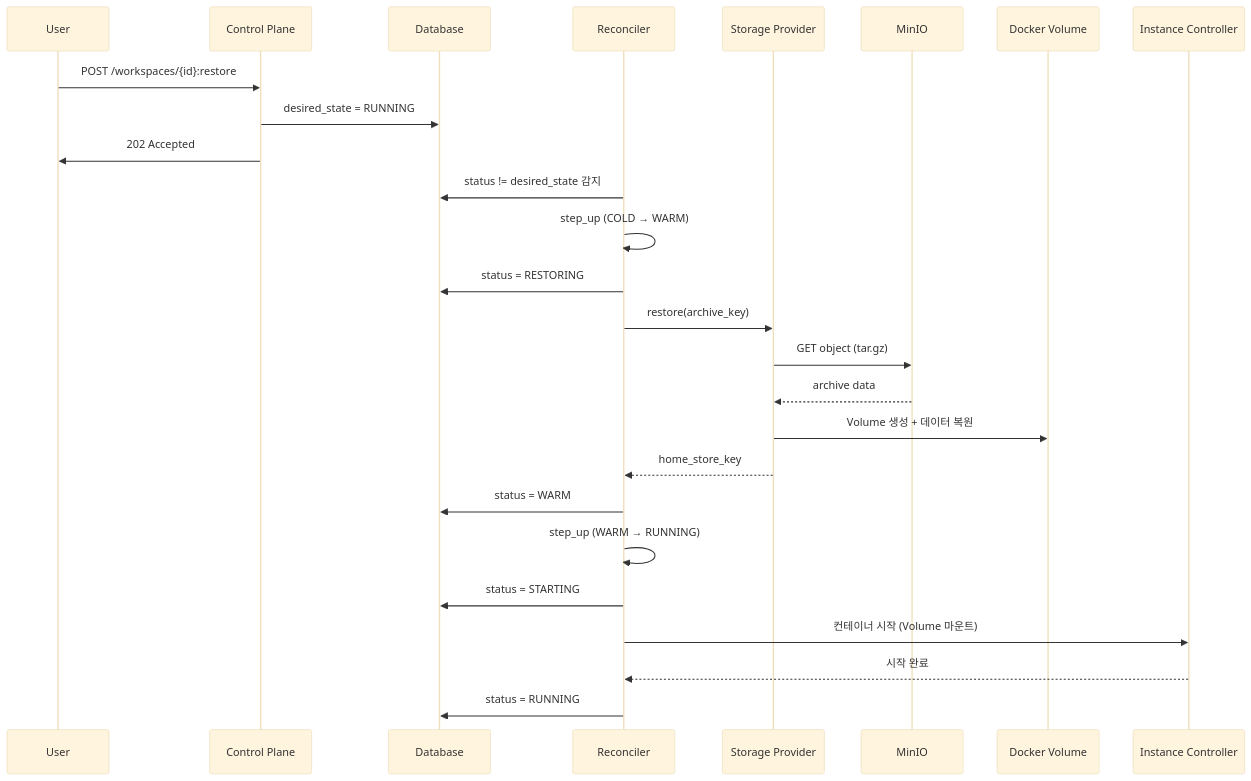
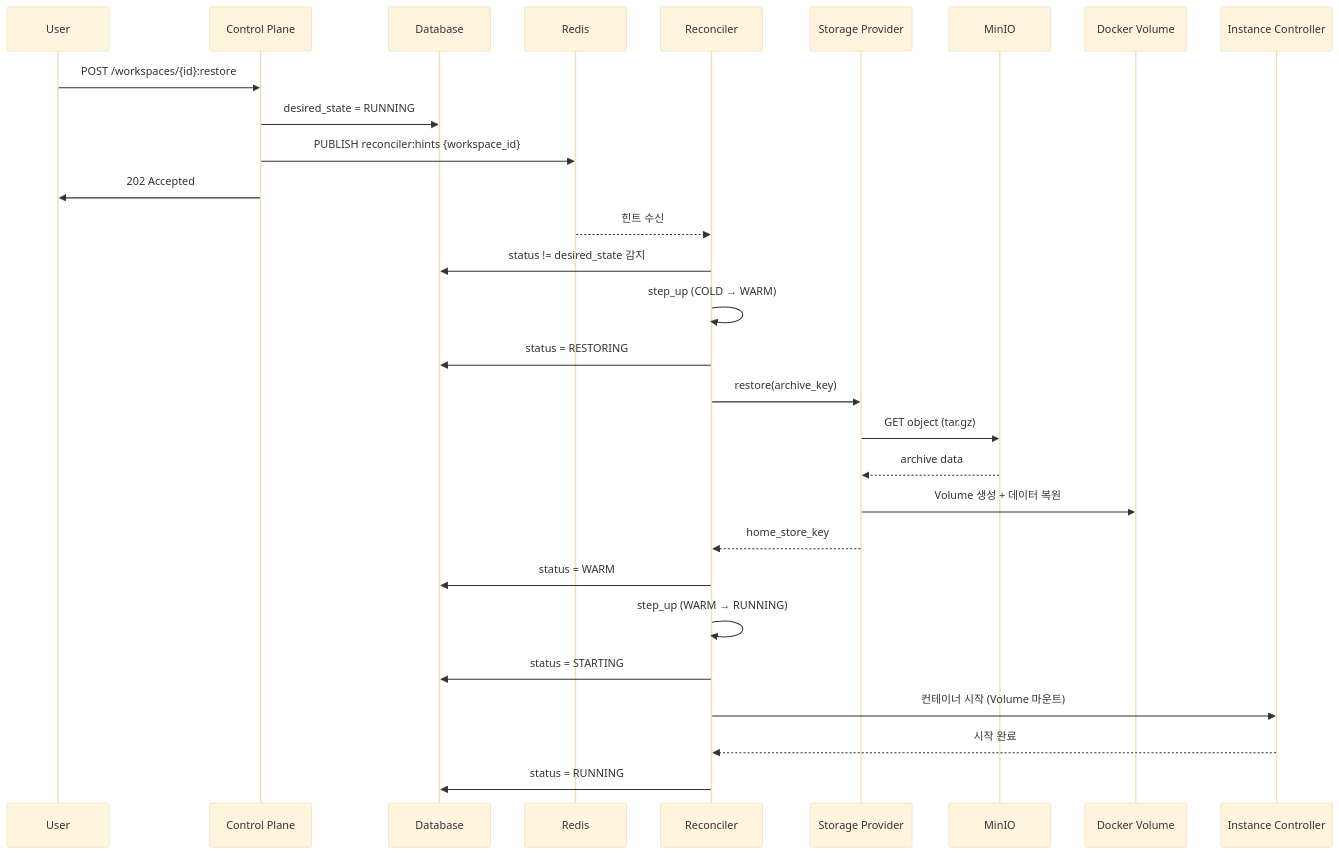
One commit to cagojeiger/code-hub changed the fifth of 10 diagrams in docs/spec_v2/flows.md. Above: the diagram before and after it, drawn with Mermaid (base theme). The commit also changed other lines of this file, not shown here.

First line of the commit message:
docs(spec_v2): add Redis hints for immediate Reconciler trigger

````diff
--- a/docs/spec_v2/flows.md
+++ b/docs/spec_v2/flows.md
@@ -167,31 +171,34 @@
 ```mermaid
 sequenceDiagram
     participant U as User
     participant API as Control Plane
     participant DB as Database
+    participant Redis as Redis
     participant R as Reconciler
     participant S as Storage Provider
     participant M as MinIO
     participant V as Docker Volume
     participant I as Instance Controller
 
     U->>API: POST /workspaces/{id}:restore
     API->>DB: desired_state = RUNNING
+    API->>Redis: PUBLISH reconciler:hints {workspace_id}
     API->>U: 202 Accepted
 
+    Redis-->>R: 힌트 수신
     R->>DB: status != desired_state 감지
     R->>R: step_up (COLD → WARM)
     R->>DB: status = RESTORING
     R->>S: restore(archive_key)
     S->>M: GET object (tar.gz)
     M-->>S: archive data
     S->>V: Volume 생성 + 데이터 복원
     S-->>R: home_store_key
     R->>DB: status = WARM
 
     R->>R: step_up (WARM → RUNNING)
     R->>DB: status = STARTING
     R->>I: 컨테이너 시작 (Volume 마운트)
     I-->>R: 시작 완료
     R->>DB: status = RUNNING
 ```
````
